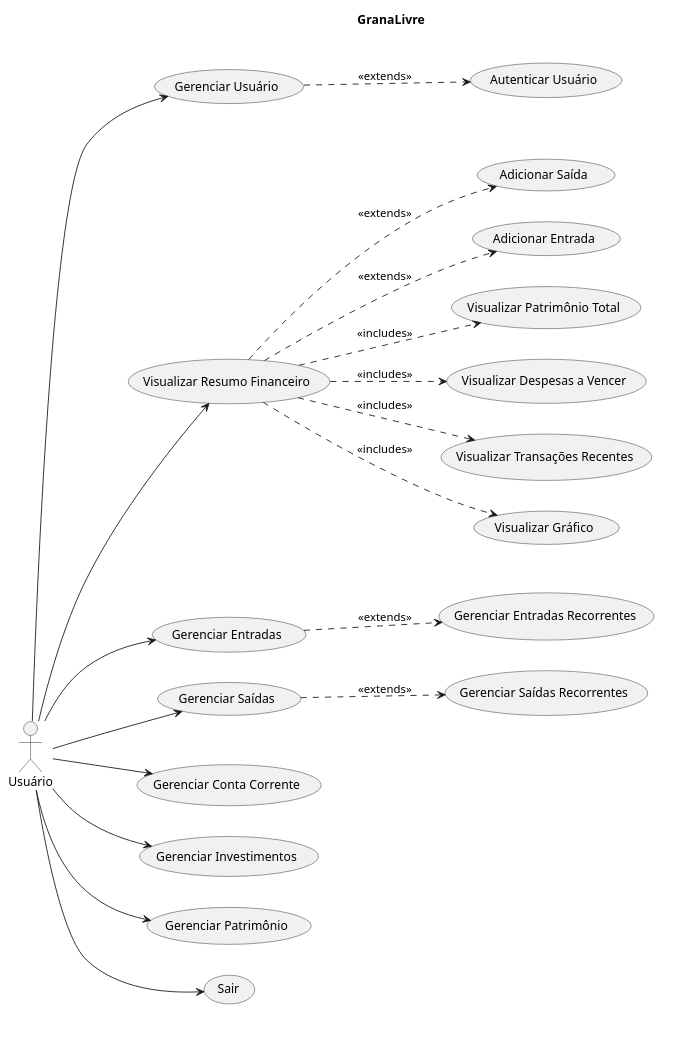
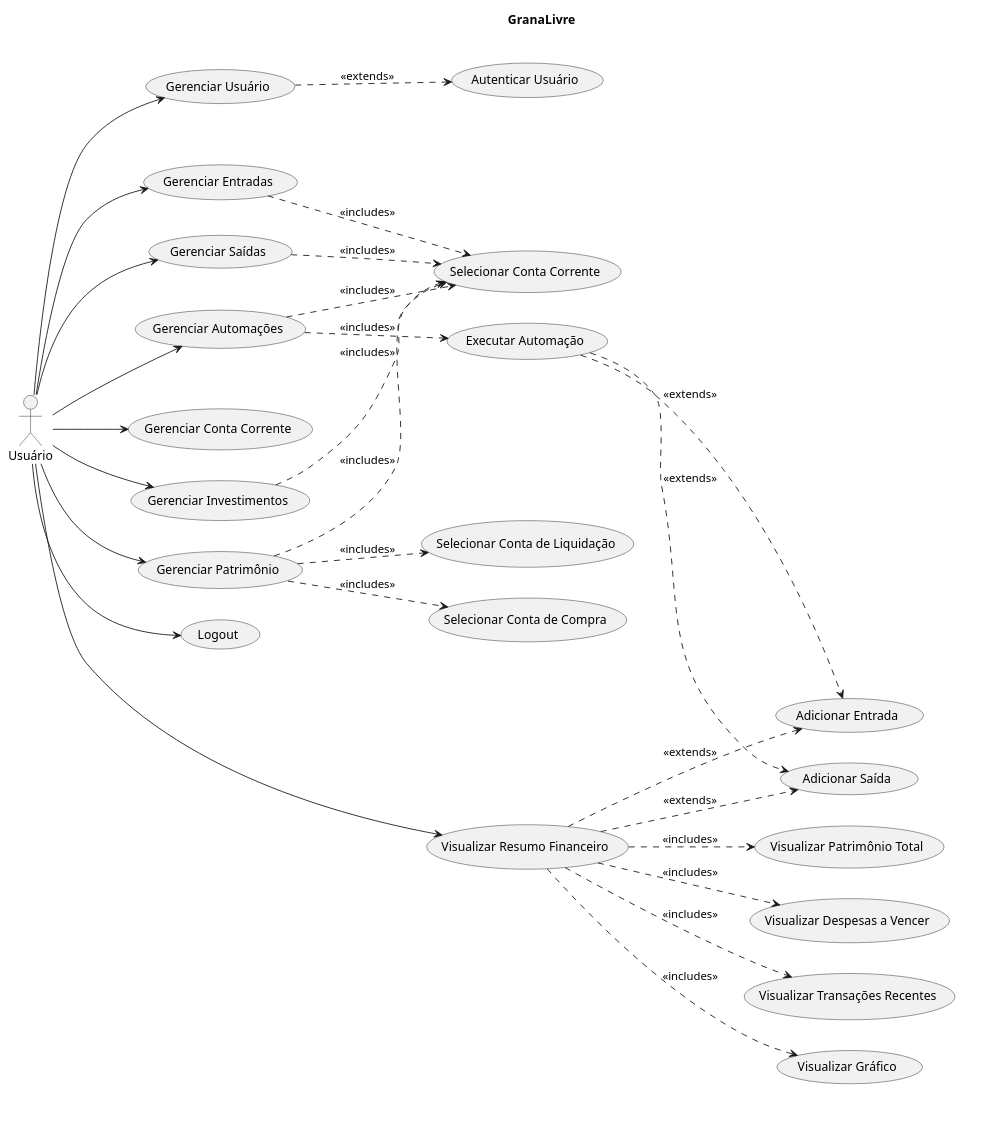
Before and after one commit to fromcaio/granalivre: the diagram in doc/diagramas/diagrama-casos-de-uso.plantuml, drawn with PlantUML.

Commit message:
Corrigindo diagrama casos uso para a reuniao de amanha (#63)
* Algumas alteracoes nas telas de entrada, saida, e automacoes

* alteracoes para a tela de patrimonio

* Corrigindo o diagrama de casos de uso

```diff
--- a/doc/diagramas/diagrama-casos-de-uso.plantuml
+++ b/doc/diagramas/diagrama-casos-de-uso.plantuml
@@ -1,77 +1,98 @@
 @startuml GranaLivreUseCases
-
 left to right direction
 
 skinparam packageBorderColor transparent
 skinparam packageBackgroundColor transparent
 
 actor "Usuário" as User
 
 rectangle "GranaLivre" {
 
     ' ----------------------
     ' Bloco: Usuário
     ' ----------------------
     rectangle {
         usecase "Gerenciar Usuário" as UC_GerenciarUsuario
         usecase "Autenticar Usuário" as UC_AutenticarUsuario
         UC_GerenciarUsuario ..> UC_AutenticarUsuario : <<extends>>
     }
 
     ' ----------------------
     ' Bloco: Resumo Financeiro
     ' ----------------------
     rectangle {
         usecase "Visualizar Resumo Financeiro" as UC_Resumo
         usecase "Visualizar Gráfico" as UC_GraficoResumo
         usecase "Visualizar Transações Recentes" as UC_TransacoesRecentes
         usecase "Visualizar Despesas a Vencer" as UC_DespesasVencer
         usecase "Visualizar Patrimônio Total" as UC_PatrimonioTotal
         usecase "Adicionar Entrada" as UC_AdicionarEntrada
         usecase "Adicionar Saída" as UC_AdicionarSaida
 
+        ' relações internas
         UC_Resumo ..> UC_GraficoResumo : <<includes>>
         UC_Resumo ..> UC_TransacoesRecentes : <<includes>>
         UC_Resumo ..> UC_DespesasVencer : <<includes>>
         UC_Resumo ..> UC_PatrimonioTotal : <<includes>>
         UC_Resumo ..> UC_AdicionarEntrada : <<extends>>
         UC_Resumo ..> UC_AdicionarSaida : <<extends>>
     }
 
     ' ----------------------
     ' Bloco: Movimentações
     ' ----------------------
     rectangle {
         usecase "Gerenciar Entradas" as UC_Entradas
-        usecase "Gerenciar Entradas Recorrentes" as UC_EntradasRecorrentes
         usecase "Gerenciar Saídas" as UC_Saidas
-        usecase "Gerenciar Saídas Recorrentes" as UC_SaidasRecorrentes
+        usecase "Gerenciar Automações" as UC_Automacoes
 
-        UC_Entradas ..> UC_EntradasRecorrentes : <<extends>>
-        UC_Saidas ..> UC_SaidasRecorrentes : <<extends>>
+        ' Relações entre movimentações e contas
+        usecase "Selecionar Conta Corrente" as UC_SelecionarConta
+
+        UC_Entradas ..> UC_SelecionarConta : <<includes>>
+        UC_Saidas ..> UC_SelecionarConta : <<includes>>
+        UC_Automacoes ..> UC_SelecionarConta : <<includes>>
+
+        ' Quando a automação executa, pode gerar uma entrada ou saída
+        usecase "Executar Automação" as UC_ExecutarAutomacao
+        UC_Automacoes ..> UC_ExecutarAutomacao : <<includes>>
+        UC_ExecutarAutomacao ..> UC_AdicionarEntrada : <<extends>>
+        UC_ExecutarAutomacao ..> UC_AdicionarSaida : <<extends>>
     }
 
     ' ----------------------
-    ' Bloco: Outros
+    ' Bloco: Conta Corrente, Investimentos e Patrimônio
     ' ----------------------
     rectangle {
         usecase "Gerenciar Conta Corrente" as UC_ContaCorrente
         usecase "Gerenciar Investimentos" as UC_Investimentos
         usecase "Gerenciar Patrimônio" as UC_Patrimonio
-        usecase "Sair" as UC_Sair
+        usecase "Logout" as UC_Sair
+
+        ' Relações entre esses módulos
+        UC_Investimentos ..> UC_SelecionarConta : <<includes>>
+        UC_Patrimonio ..> UC_SelecionarConta : <<includes>>
+
+        ' Patrimônio ligado à conta de compra e à conta de liquidação
+        usecase "Selecionar Conta de Compra" as UC_ContaCompra
+        usecase "Selecionar Conta de Liquidação" as UC_ContaLiquidacao
+
+        UC_Patrimonio ..> UC_ContaCompra : <<includes>>
+        UC_Patrimonio ..> UC_ContaLiquidacao : <<includes>>
     }
 }
 
 ' ----------------------
 ' Ligações com o ator
 ' ----------------------
 User --> UC_GerenciarUsuario
 User --> UC_Resumo
 User --> UC_Entradas
 User --> UC_Saidas
+User --> UC_Automacoes
 User --> UC_ContaCorrente
 User --> UC_Investimentos
 User --> UC_Patrimonio
 User --> UC_Sair
 
 @enduml
```
